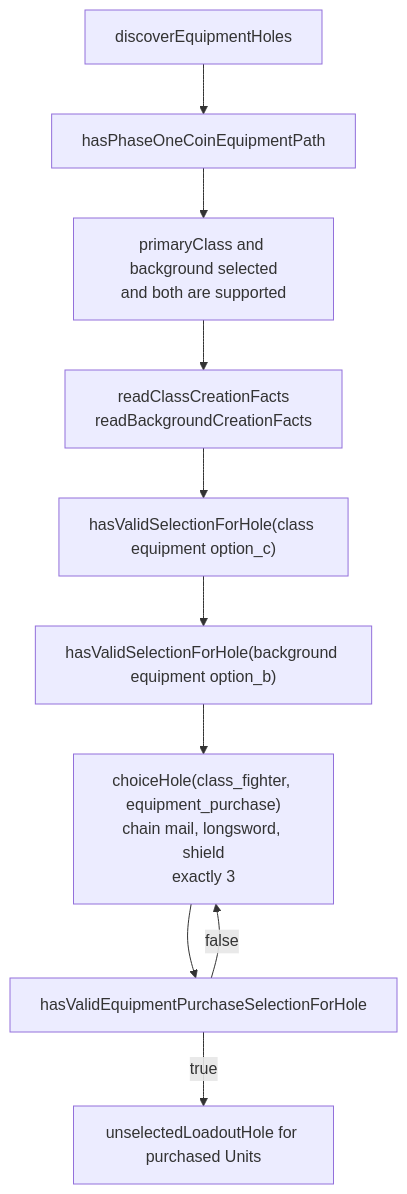
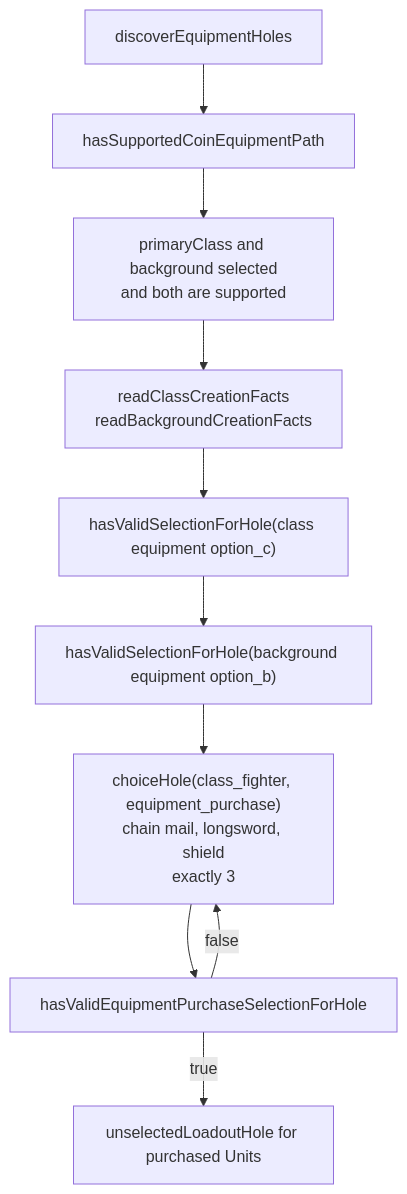
Before and after one commit to dearlordylord/5e-quint: the seventh of 10 diagrams in packages/character-creation-runtime/EXPLANATORY_TIME_DIAGRAM.md, drawn with Mermaid. The commit also changed other lines of this file and 21 other files, not shown here.

````diff
--- a/packages/character-creation-runtime/EXPLANATORY_TIME_DIAGRAM.md
+++ b/packages/character-creation-runtime/EXPLANATORY_TIME_DIAGRAM.md
@@ -407,18 +410,18 @@
 ```mermaid
 flowchart TD
   Equipment["discoverEquipmentHoles"]
-  Gate["hasPhaseOneCoinEquipmentPath"]
+  Gate["hasSupportedCoinEquipmentPath"]
   ClassBg["primaryClass and background selected<br/>and both are supported"]
   Read["readClassCreationFacts<br/>readBackgroundCreationFacts"]
   ClassChoice["hasValidSelectionForHole(class equipment option_c)"]
   BgChoice["hasValidSelectionForHole(background equipment option_b)"]
   Purchase["choiceHole(class_fighter, equipment_purchase)<br/>chain mail, longsword, shield<br/>exactly 3"]
   ValidPurchase["hasValidEquipmentPurchaseSelectionForHole"]
   Loadout["unselectedLoadoutHole for purchased Units"]
 
   Equipment --> Gate --> ClassBg --> Read --> ClassChoice --> BgChoice
   BgChoice --> Purchase
   Purchase --> ValidPurchase
   ValidPurchase -->|false| Purchase
   ValidPurchase -->|true| Loadout
 ```
````
